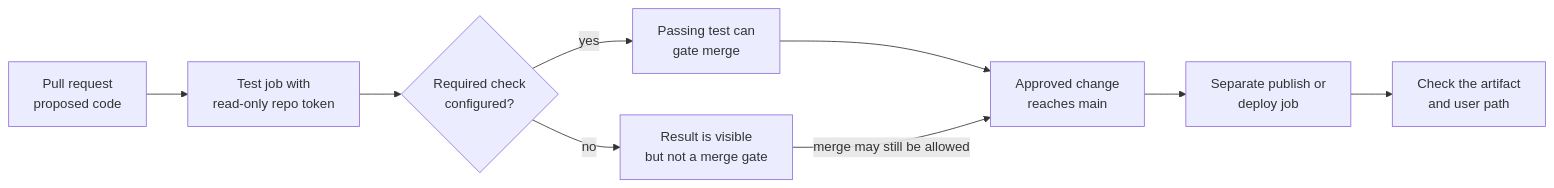
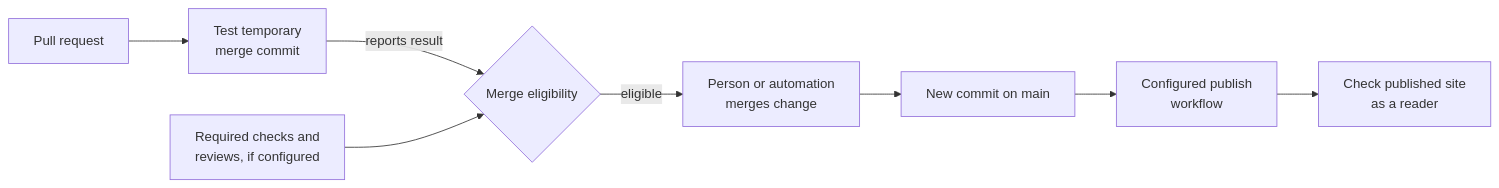
The diagram in knowledge/git/github-actions/examples-and-use-cases.md (David-A18/MY-humble-knowledge-for-everyone), drawn with Mermaid before and after one commit. The commit also changed other lines of this file and 7 other files, not shown here.

````diff
--- a/knowledge/git/github-actions/examples-and-use-cases.md
+++ b/knowledge/git/github-actions/examples-and-use-cases.md
@@ -150,11 +191,10 @@
 ```mermaid
 flowchart LR
-  pr["Pull request<br/>proposed code"] --> test["Test job with<br/>read-only repo token"]
-  test --> rule{"Required check<br/>configured?"}
-  rule -- "yes" --> gate["Passing test can<br/>gate merge"]
-  rule -- "no" --> visible["Result is visible<br/>but not a merge gate"]
-  gate --> main["Approved change<br/>reaches main"]
-  visible -- "merge may still be allowed" --> main
-  main --> publish["Separate publish or<br/>deploy job"]
-  publish --> verify["Check the artifact<br/>and user path"]
+  pr["Pull request"] --> test["Test temporary<br/>merge commit"]
+  test -- "reports result" --> decision{"Merge eligibility"}
+  rules["Required checks and<br/>reviews, if configured"] --> decision
+  decision -- "eligible" --> merge["Person or automation<br/>merges change"]
+  merge --> main["New commit on main"]
+  main --> publish["Configured publish<br/>workflow"]
+  publish --> verify["Check published site<br/>as a reader"]
 ```
````
